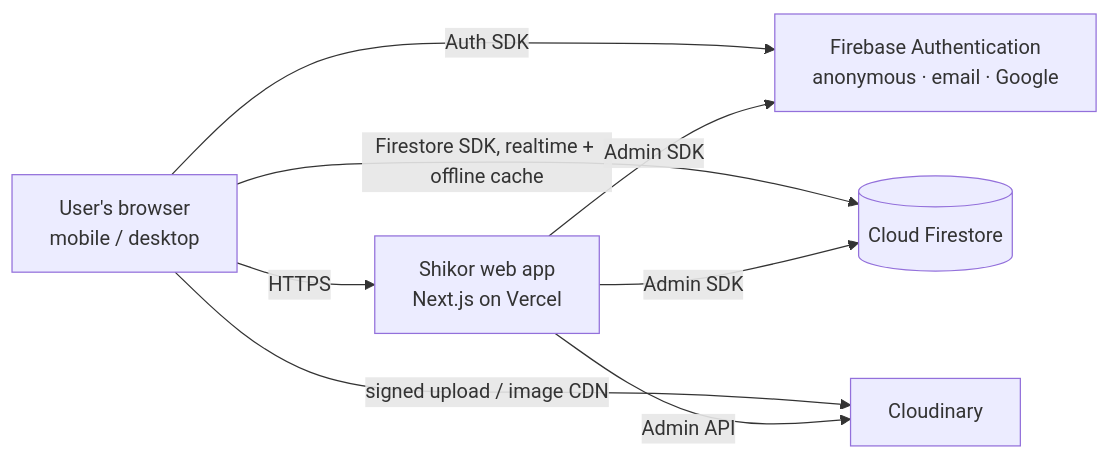
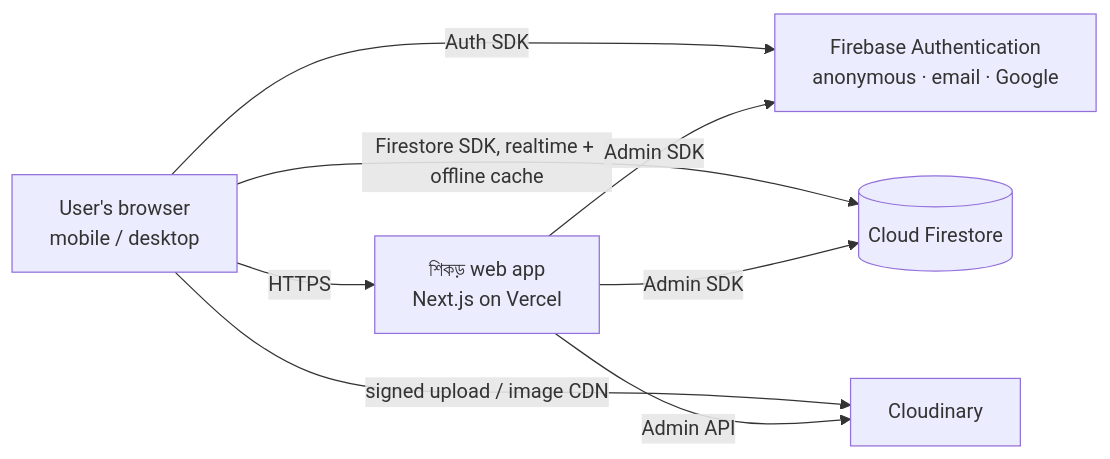
The first of 2 diagrams in docs/SRS.md (redwanhasan980/Family-Tree), drawn with Mermaid before and after one commit. The commit also changed other lines of this file and 6 other files, not shown here.

````diff
--- a/docs/SRS.md
+++ b/docs/SRS.md
@@ -131,10 +132,10 @@
 ```mermaid
 flowchart LR
-    U[User's browser<br/>mobile / desktop] -->|HTTPS| APP[Shikor web app<br/>Next.js on Vercel]
+    U[User's browser<br/>mobile / desktop] -->|HTTPS| APP[শিকড় web app<br/>Next.js on Vercel]
     U -->|Auth SDK| AUTH[Firebase Authentication<br/>anonymous · email · Google]
     U -->|Firestore SDK, realtime + offline cache| FS[(Cloud Firestore)]
     U -->|signed upload / image CDN| CL[Cloudinary]
     APP -->|Admin SDK| AUTH
     APP -->|Admin SDK| FS
     APP -->|Admin API| CL
 ```
````
